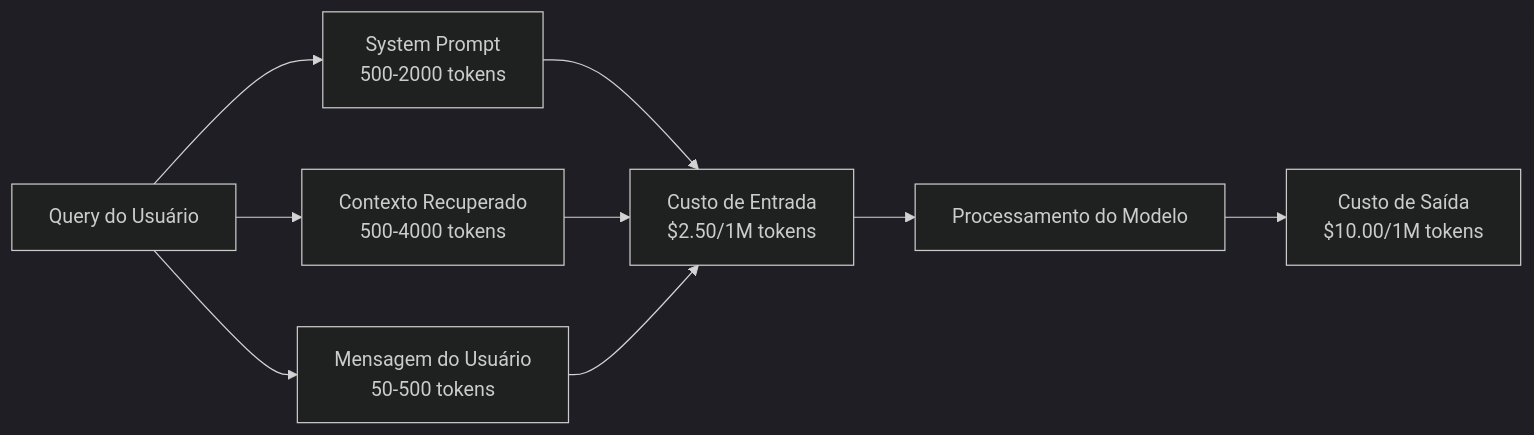
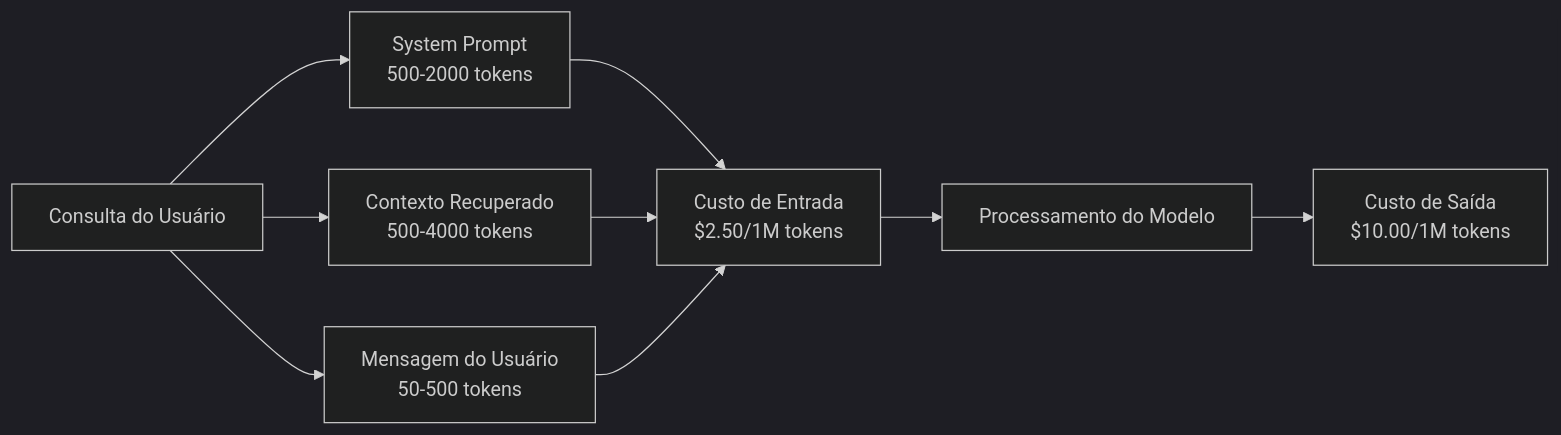
The first of 3 diagrams in phases/11-llm-engineering/11-caching-cost/docs/pt-br.md (K3lvin-dev/ai-engineering-from-scratch), drawn with Mermaid (dark theme) before and after one commit. The commit also changed other lines of this file and 16 other files, not shown here.

````diff
--- a/phases/11-llm-engineering/11-caching-cost/docs/pt-br.md
+++ b/phases/11-llm-engineering/11-caching-cost/docs/pt-br.md
@@ -37,11 +49,11 @@
 ```mermaid
 graph LR
-    A["Query do Usuário"] --> B["System Prompt<br/>500-2000 tokens"]
+    A["Consulta do Usuário"] --> B["System Prompt<br/>500-2000 tokens"]
     A --> C["Contexto Recuperado<br/>500-4000 tokens"]
     A --> D["Mensagem do Usuário<br/>50-500 tokens"]
     B --> E["Custo de Entrada<br/>$2.50/1M tokens"]
     C --> E
     D --> E
     E --> F["Processamento do Modelo"]
     F --> G["Custo de Saída<br/>$10.00/1M tokens"]
 ```
````
